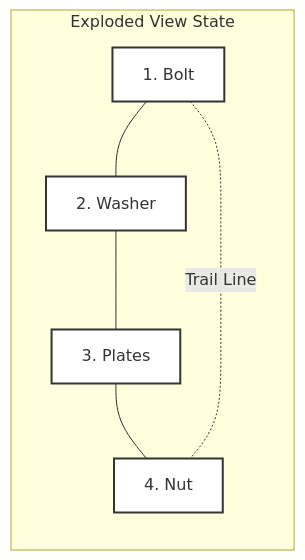
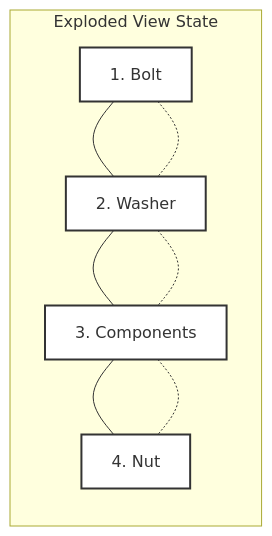
The diagram in docs/industry-terms/exploded-view.md (vaishvanara/techwritingkb), drawn with Mermaid before and after one commit. The commit also changed other lines of this file and 51 other files, not shown here.

````diff
--- a/docs/industry-terms/exploded-view.md
+++ b/docs/industry-terms/exploded-view.md
@@ -44,15 +46,15 @@
 ```mermaid
 graph LR
     subgraph "Exploded View State"
     A[1. Bolt] --- B[2. Washer]
-    B --- C[3. Plates]
+    B --- C[3. Components]
     C --- D[4. Nut]
     end
 
-    A -. Trail Line .- D
+    A -.- B -.- C -.- D
 
     style A fill:#fff,stroke:#333,stroke-width:2px
     style B fill:#fff,stroke:#333,stroke-width:2px
     style C fill:#fff,stroke:#333,stroke-width:2px
     style D fill:#fff,stroke:#333,stroke-width:2px
 ```
````
